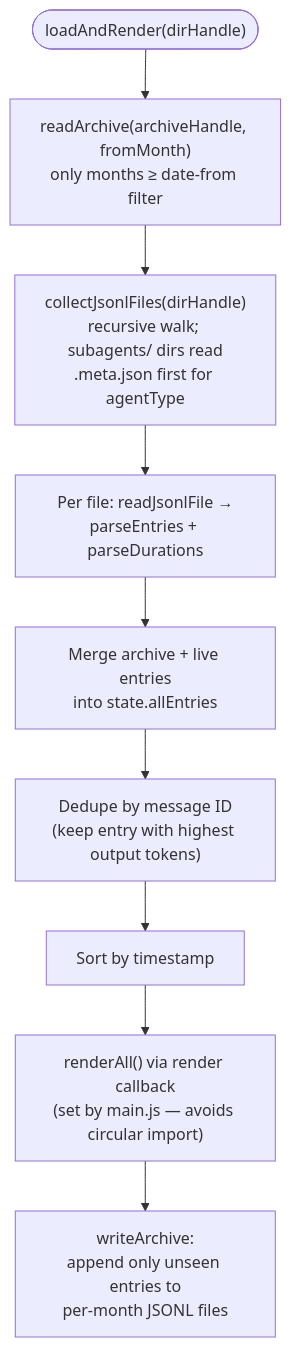
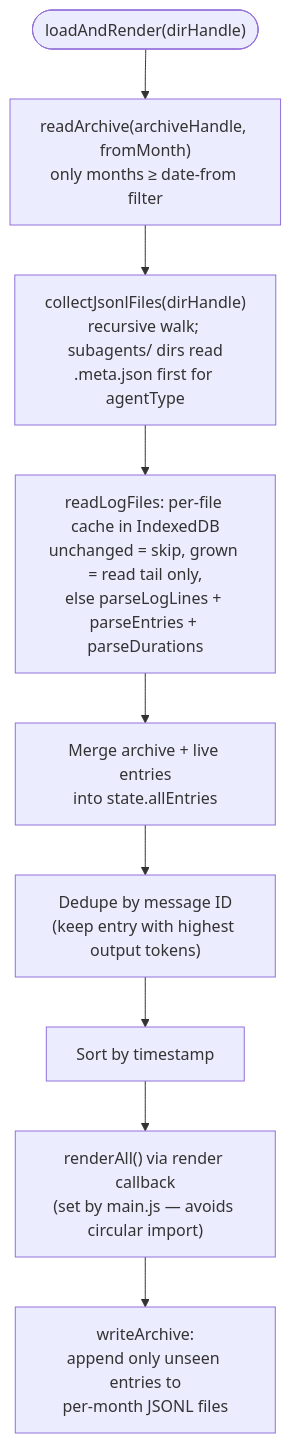
One commit to Procisz/clauditor changed the third of 5 diagrams in ARCHITECTURE.md. Above: the diagram before and after it, drawn with Mermaid. The commit also changed 23 other files, not shown here.

````diff
--- a/ARCHITECTURE.md
+++ b/ARCHITECTURE.md
@@ -70,11 +70,11 @@
 ```mermaid
 flowchart TD
     a(["loadAndRender(dirHandle)"]) --> b["readArchive(archiveHandle, fromMonth)<br/>only months ≥ date-from filter"]
     b --> c["collectJsonlFiles(dirHandle)<br/>recursive walk; subagents/ dirs read<br/>.meta.json first for agentType"]
-    c --> d["Per file: readJsonlFile →<br/>parseEntries + parseDurations"]
+    c --> d["readLogFiles: per-file cache in IndexedDB<br/>unchanged = skip, grown = read tail only,<br/>else parseLogLines + parseEntries + parseDurations"]
     d --> e["Merge archive + live entries<br/>into state.allEntries"]
     e --> f["Dedupe by message ID<br/>(keep entry with highest output tokens)"]
     f --> g["Sort by timestamp"]
     g --> h["renderAll() via render callback<br/>(set by main.js — avoids circular import)"]
     h --> i["writeArchive:<br/>append only unseen entries to<br/>per-month JSONL files"]
 ```
````
